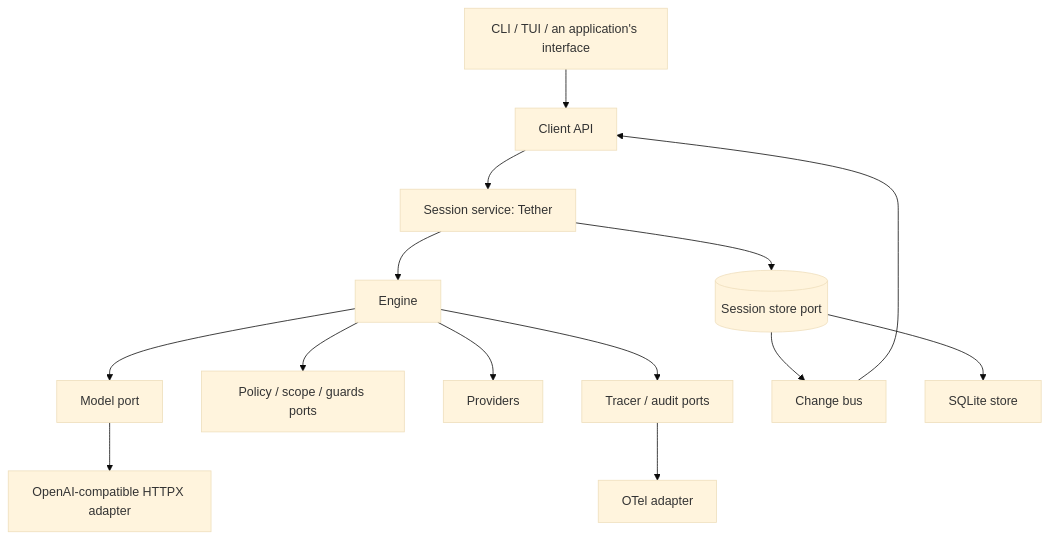
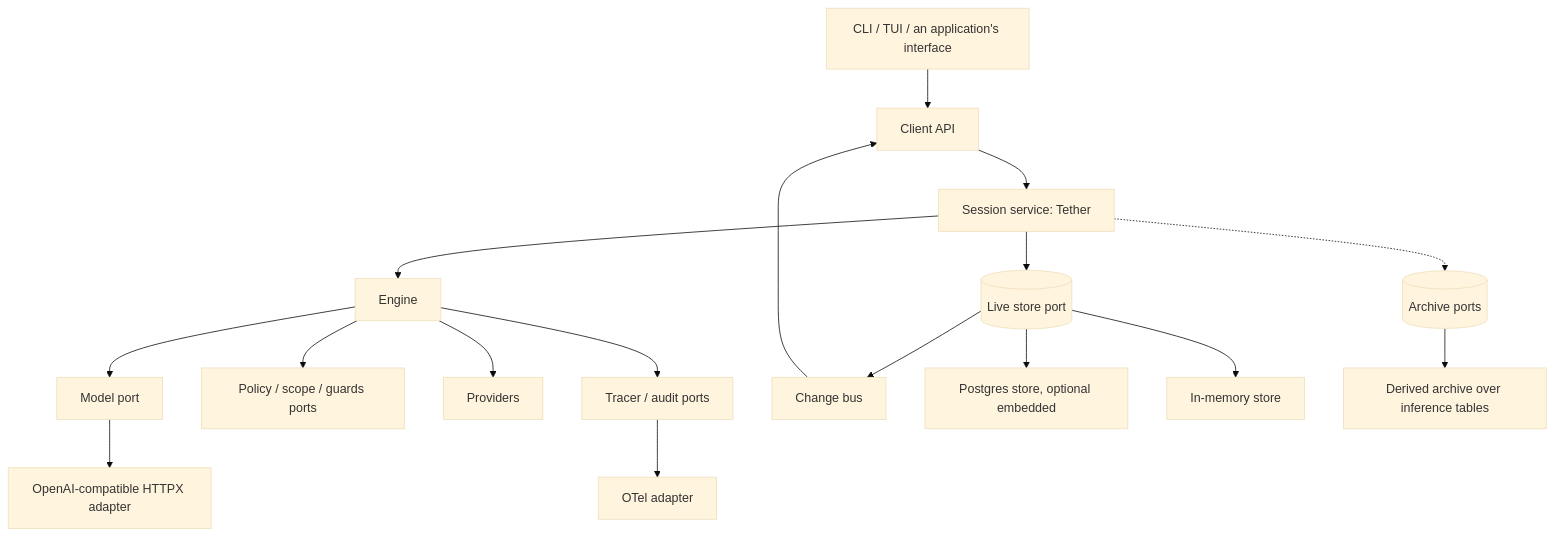
Before and after one commit to DocumentDrivenDX/tether: the second of 2 diagrams in docs/helix/02-design/solution-designs/SD-001-tether-library-design-and-build-plan.md, drawn with Mermaid (base theme). The commit also changed other lines of this file, not shown here.

````diff
--- a/docs/helix/02-design/solution-designs/SD-001-tether-library-design-and-build-plan.md
+++ b/docs/helix/02-design/solution-designs/SD-001-tether-library-design-and-build-plan.md
@@ -190,16 +225,19 @@
 ```mermaid
 graph TD
     CLI[CLI / TUI / an application's interface] --> Client[Client API]
     Client --> Tether[Session service: Tether]
     Tether --> Engine
-    Tether --> Store[(Session store port)]
+    Tether --> Store[(Live store port)]
+    Tether -.-> Archive[(Archive ports)]
     Engine --> Model[Model port]
     Engine --> Policy[Policy / scope / guards ports]
     Engine --> Providers
     Engine --> Telemetry[Tracer / audit ports]
     Store --> Bus[Change bus]
     Bus --> Client
     Model --> Compat[OpenAI-compatible HTTPX adapter]
-    Store --> Sqlite[SQLite store]
+    Store --> Pg[Postgres store, optional embedded]
+    Store --> Mem[In-memory store]
+    Archive --> Derived[Derived archive over inference tables]
     Telemetry --> Otel[OTel adapter]
 ```
````
